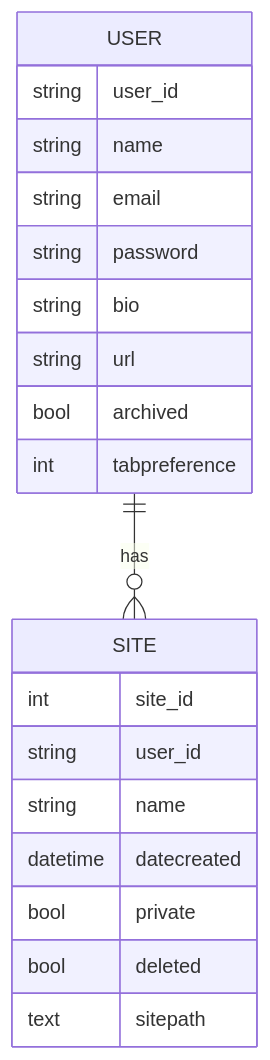
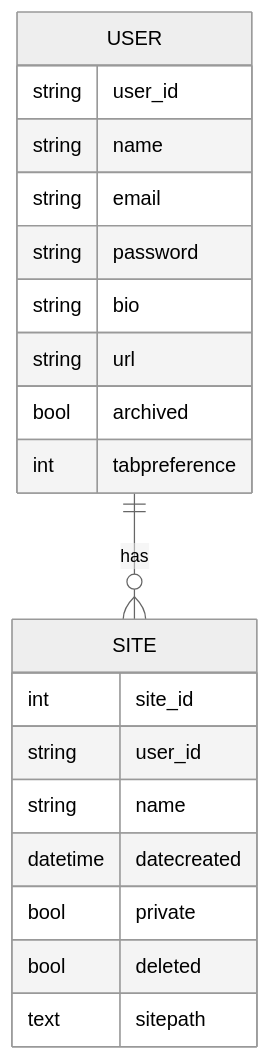
The second of 20 diagrams in README.md (tomgxz/Kraken), drawn with Mermaid before and after one commit. The commit also changed other lines of this file and 1 other file, not shown here.

Commit message:
Switched light to neutral

````diff
--- a/README.md
+++ b/README.md
@@ -556,27 +558,27 @@
   ```mermaid
   %%{init: {'theme':'dark', 'themeVariables':{'fontFamily':'Lexend,Noto Sans,Helvetica,Arial'}}}%%
-  %%{init: {'theme':'light', 'themeVariables':{'fontFamily':'Lexend,Noto Sans,Helvetica,Arial'}}}%%
+  %%{init: {'theme':'neutral', 'themeVariables':{'fontFamily':'Lexend,Noto Sans,Helvetica,Arial'}}}%%
 
   erDiagram
       USER ||--o{ SITE : has
       USER {
           string user_id
           string name
           string email
           string password
           string bio
           string url
           bool archived
           int tabpreference
       }
 
       SITE {
           int site_id
           string user_id
           string name
           datetime datecreated
           bool private
           bool deleted
           text sitepath
       }
   ```
````
